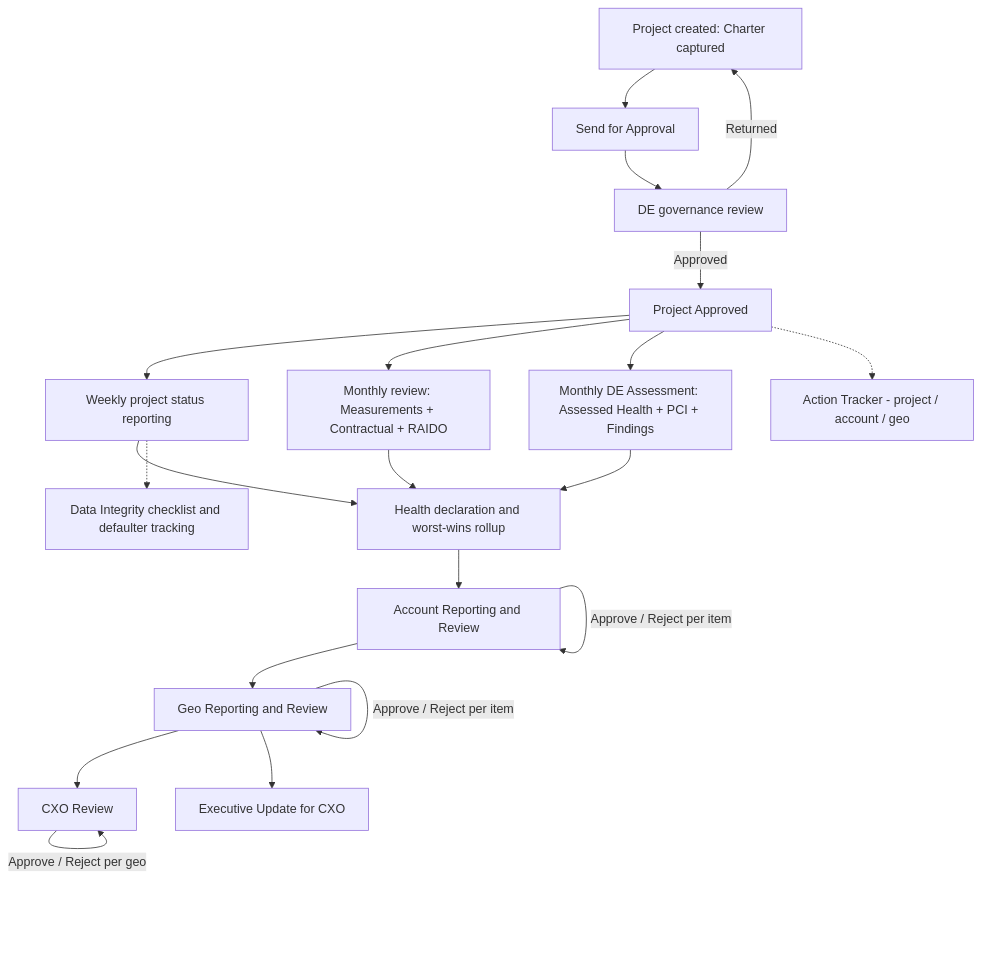
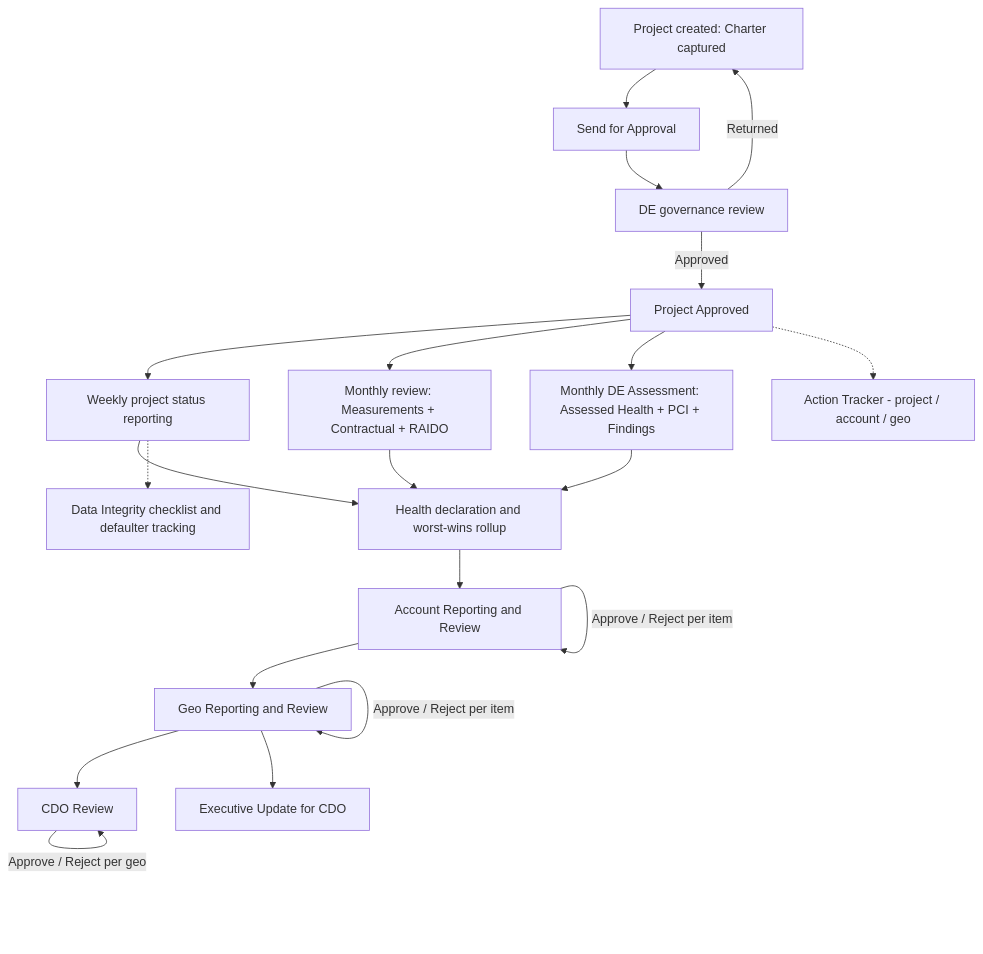
Before and after one commit to gharibct/BCTProjectGovernance: the diagram in product-brain/00_product_overview.md, drawn with Mermaid. The commit also changed other lines of this file and 198 other files, not shown here.

````diff
--- a/product-brain/00_product_overview.md
+++ b/product-brain/00_product_overview.md
@@ -149,23 +149,23 @@
 ```mermaid
 flowchart TD
     A[Project created: Charter captured] --> B[Send for Approval]
     B --> C[DE governance review]
     C -->|Approved| D[Project Approved]
     C -->|Returned| A
     D --> E[Weekly project status reporting]
     D --> F[Monthly review: Measurements + Contractual + RAIDO]
     D --> G[Monthly DE Assessment: Assessed Health + PCI + Findings]
     E --> H[Health declaration and worst-wins rollup]
     F --> H
     G --> H
     H --> I[Account Reporting and Review]
     I --> J[Geo Reporting and Review]
-    J --> K[CXO Review]
-    J --> L[Executive Update for CXO]
+    J --> K[CDO Review]
+    J --> L[Executive Update for CDO]
     D -.-> M[Action Tracker - project / account / geo]
     E -.-> N[Data Integrity checklist and defaulter tracking]
 
     I -->|Approve / Reject per item| I
     J -->|Approve / Reject per item| J
     K -->|Approve / Reject per geo| K
 ```
````
